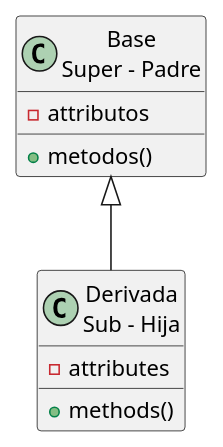
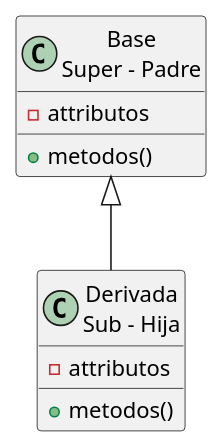
The diagram in modelosUML/transmision.puml (mmasias/24-25-PRG2), drawn with PlantUML before and after one commit. The commit also changed 1 other file, not shown here.

```diff
--- a/modelosUML/transmision.puml
+++ b/modelosUML/transmision.puml
@@ -1,11 +1,11 @@
 class Base as "Base\nSuper - Padre" {
 - attributos
 + metodos()
 }
 
 class Derived as "Derivada\nSub - Hija" {
-- attributes
-+ methods()
+- attributos
++ metodos()
 }
 
 Base <|-- Derived
```
